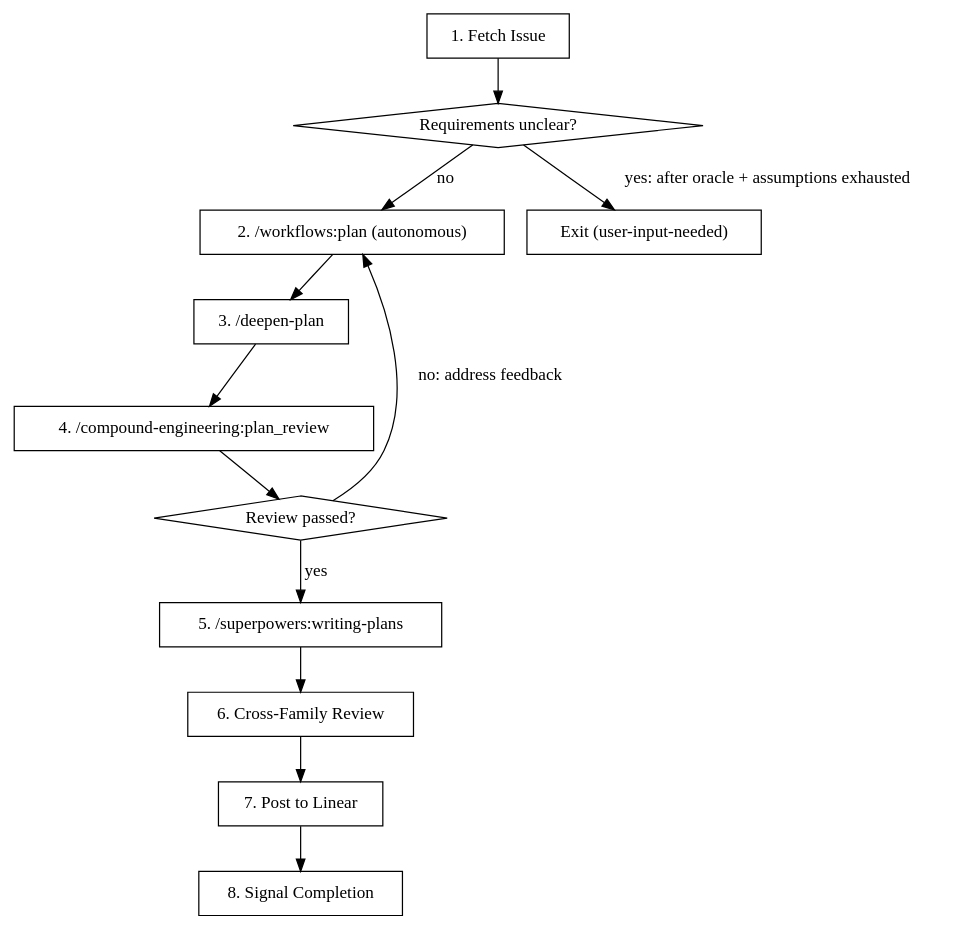
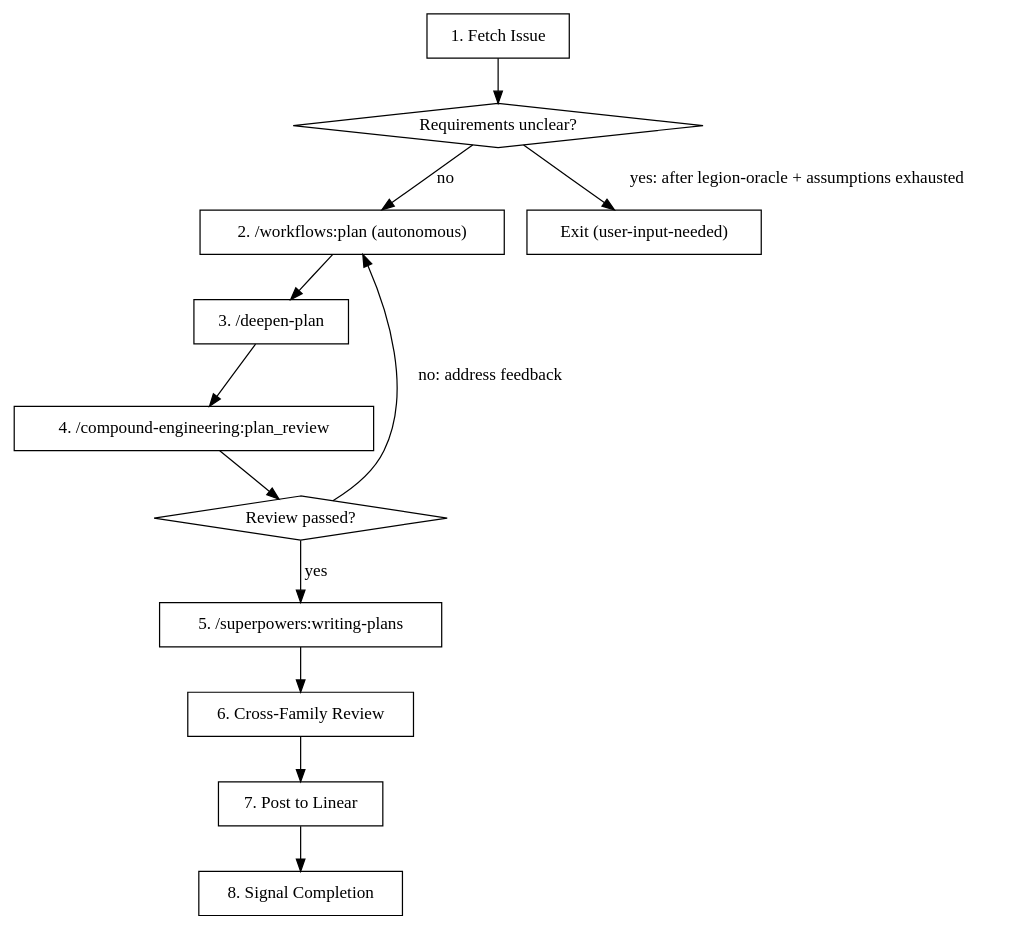
Before and after one commit to sjawhar/legion: the diagram in .claude/skills/legion-worker/workflows/plan.md, drawn with Graphviz. The commit also changed other lines of this file and 19 other files, not shown here.

````diff
--- a/.claude/skills/legion-worker/workflows/plan.md
+++ b/.claude/skills/legion-worker/workflows/plan.md
@@ -7,30 +7,30 @@
 ```dot
 digraph plan_workflow {
     rankdir=TB;
     node [shape=box];
 
     fetch [label="1. Fetch Issue"];
     unclear [label="Requirements unclear?" shape=diamond];
     research_plan [label="2. /workflows:plan (autonomous)"];
     deepen [label="3. /deepen-plan"];
     review [label="4. /compound-engineering:plan_review"];
     passed [label="Review passed?" shape=diamond];
     executable [label="5. /superpowers:writing-plans"];
     cross_review [label="6. Cross-Family Review"];
     post [label="7. Post to Linear"];
     complete [label="8. Signal Completion"];
     exit_unclear [label="Exit (user-input-needed)"];
 
     fetch -> unclear;
-    unclear -> exit_unclear [label="yes: after oracle + assumptions exhausted"];
+    unclear -> exit_unclear [label="yes: after legion-oracle + assumptions exhausted"];
     unclear -> research_plan [label="no"];
     research_plan -> deepen;
     deepen -> review;
     review -> passed;
     passed -> research_plan [label="no: address feedback"];
     passed -> executable [label="yes"];
     executable -> cross_review;
     cross_review -> post;
     post -> complete;
 }
 ```
````
